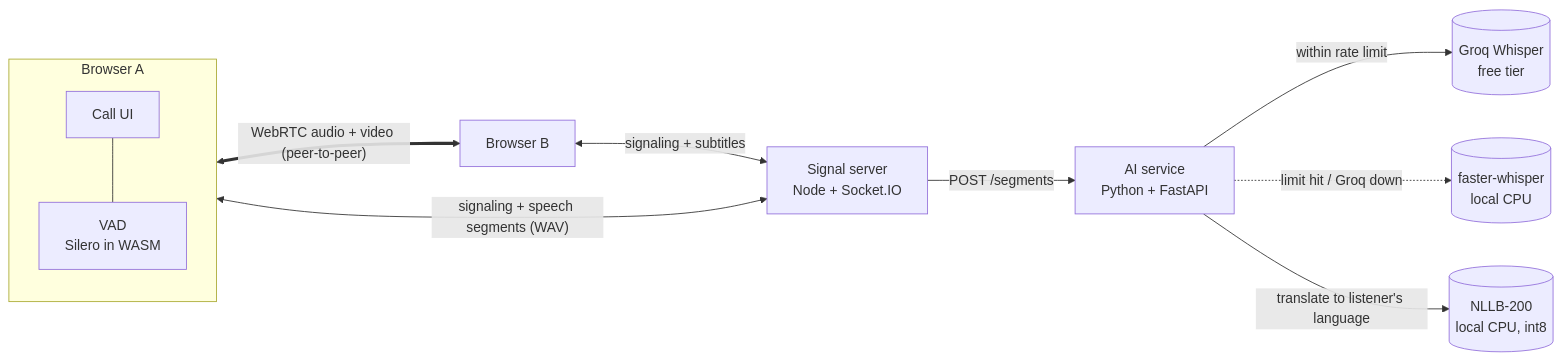
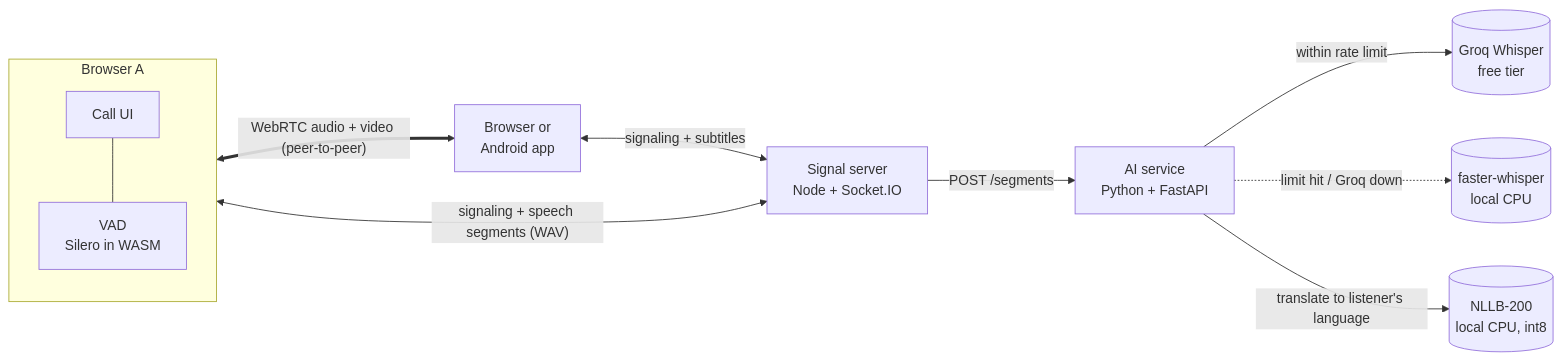
Before and after one commit to kazzi-dev/usap: the diagram in README.md, drawn with Mermaid. The commit also changed other lines of this file and 42 other files, not shown here.

First line of the commit message:
Stage 4: Flutter Android app that joins the same calls

````diff
--- a/README.md
+++ b/README.md
@@ -25,20 +26,20 @@
 ```mermaid
 flowchart LR
     subgraph A[Browser A]
       UI_A[Call UI] --- VAD_A[VAD<br/>Silero in WASM]
     end
-    B[Browser B]
+    B[Browser or<br/>Android app]
     S[Signal server<br/>Node + Socket.IO]
     AI[AI service<br/>Python + FastAPI]
     G[(Groq Whisper<br/>free tier)]
     L[(faster-whisper<br/>local CPU)]
     N[(NLLB-200<br/>local CPU, int8)]
 
     A <== "WebRTC audio + video (peer-to-peer)" ==> B
     A <-- "signaling + speech segments (WAV)" --> S
     B <-- "signaling + subtitles" --> S
     S -- "POST /segments" --> AI
     AI -- "within rate limit" --> G
     AI -. "limit hit / Groq down" .-> L
     AI -- "translate to listener's language" --> N
 ```
````
